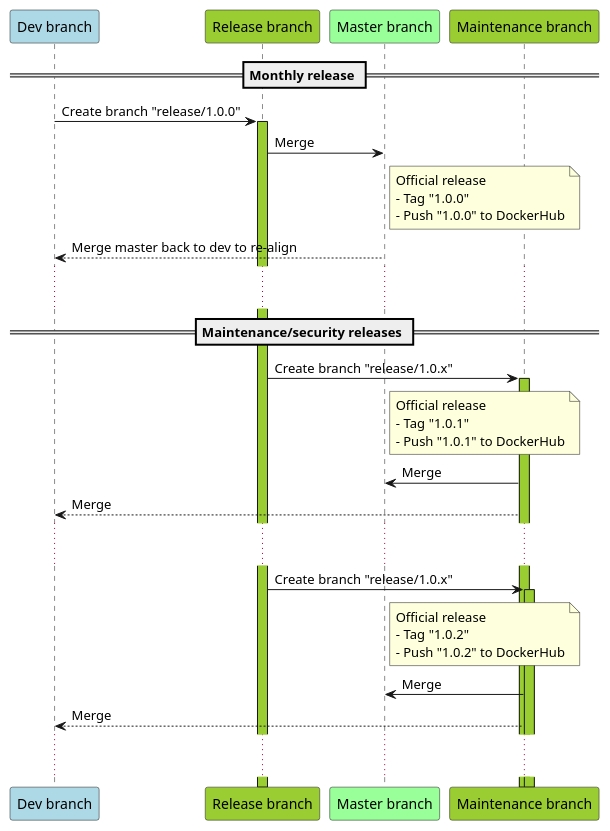
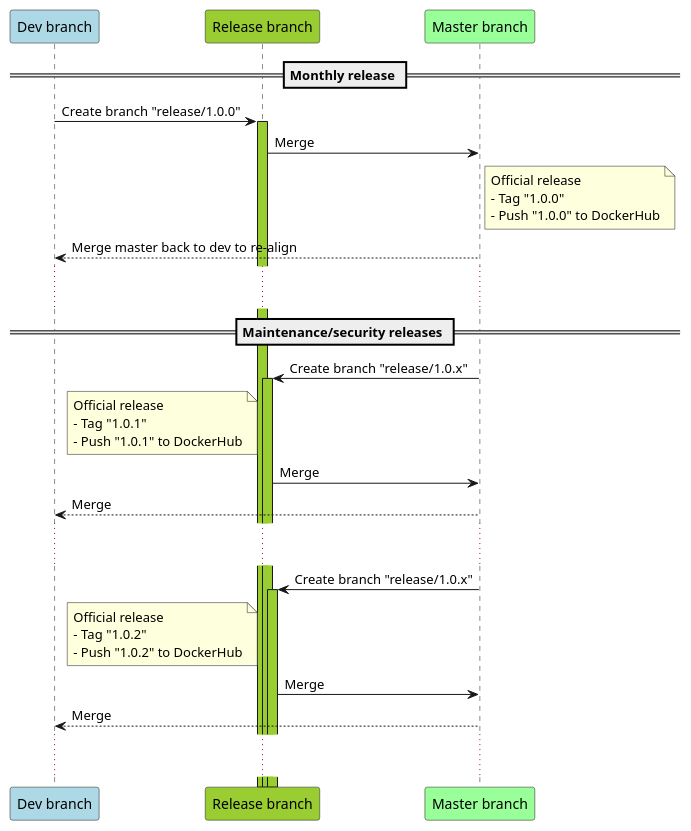
The diagram in doc/branching_model.puml (DefectDojo/django-DefectDojo), drawn with PlantUML before and after one commit.

Commit message:
patch versions from master he says

```diff
--- a/doc/branching_model.puml
+++ b/doc/branching_model.puml
@@ -1,48 +1,46 @@
 @startuml
 !pragma teoz true
 
 == Monthly release ==
 participant "Dev branch" as devbranch order 10 #LightBlue
 participant "Release branch" as rlsbranch order 20 #YellowGreen
 participant "Master branch" as master order 30 #99FF99
-participant "Maintenance branch" as maintainbranch order 40 #YellowGreen
+'participant "Maintenance branch" as maintainbranch order 40 #YellowGreen
 
 {startrc} devbranch -> rlsbranch ++ #YellowGreen: Create branch "release/1.0.0"
 
 rlsbranch -> master: Merge
 note right of master
     Official release
     - Tag "1.0.0"
     - Push "1.0.0" to DockerHub
 end note
 
 master --> devbranch: Merge master back to dev to re-align
 
 ... ...
 
 == Maintenance/security releases ==
-rlsbranch -> maintainbranch ++ #YellowGreen: Create branch "release/1.0.x"
-
-note right of master
+master -> rlsbranch ++ #YellowGreen: Create branch "release/1.0.x"
+note left of rlsbranch
     Official release
     - Tag "1.0.1"
     - Push "1.0.1" to DockerHub
 end note
-maintainbranch -> master: Merge
-maintainbranch --> devbranch: Merge
+rlsbranch -> master: Merge
+master --> devbranch: Merge
 
 ... ...
 
-rlsbranch -> maintainbranch ++ #YellowGreen: Create branch "release/1.0.x"
-
-note right of master
+master -> rlsbranch ++ #YellowGreen: Create branch "release/1.0.x"
+note left of rlsbranch
     Official release
     - Tag "1.0.2"
     - Push "1.0.2" to DockerHub
 end note
-maintainbranch -> master: Merge
-maintainbranch --> devbranch: Merge
+rlsbranch -> master: Merge
+master --> devbranch: Merge
 
 ... ...
 
 @enduml
```
